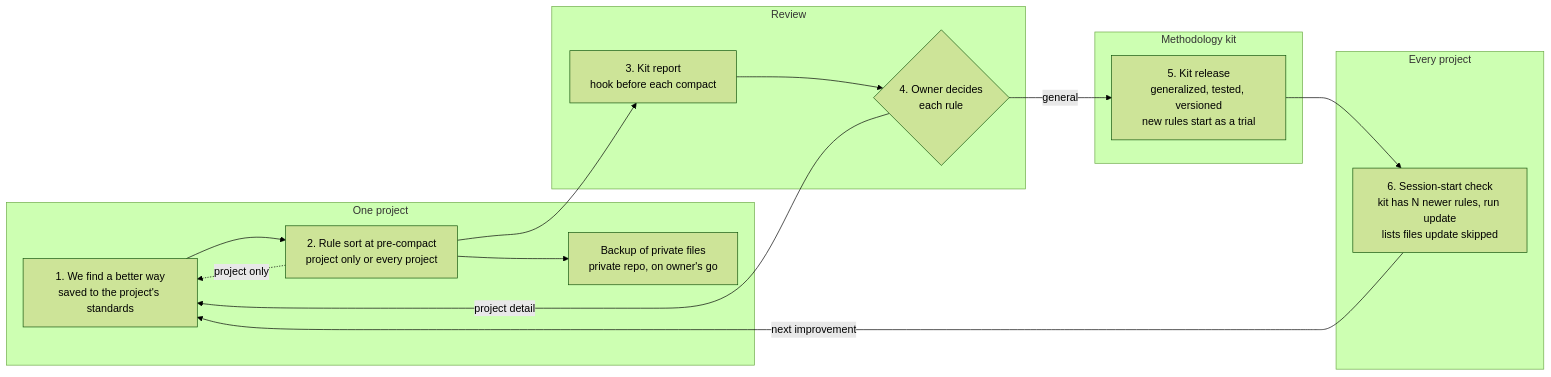
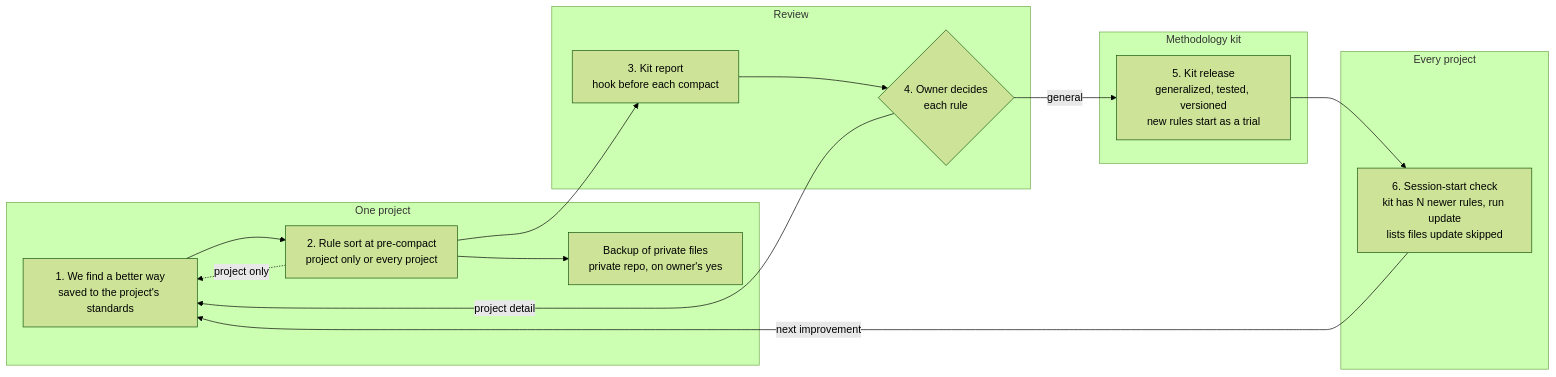
One commit to GoudyMT/working-methodology changed the diagram in README.md. Above: the diagram before and after it, drawn with Mermaid (forest theme). The commit also changed other lines of this file and 52 other files, not shown here.

````diff
--- a/README.md
+++ b/README.md
@@ -18,26 +18,26 @@
 ```mermaid
 flowchart LR
     subgraph P["One project"]
         A["1. We find a better way<br/>saved to the project's standards"]
         B["2. Rule sort at pre-compact<br/>project only or every project"]
-        K["Backup of private files<br/>private repo, on owner's go"]
+        K["Backup of private files<br/>private repo, on owner's yes"]
     end
     subgraph R["Review"]
         C["3. Kit report<br/>hook before each compact"]
         D{"4. Owner decides<br/>each rule"}
     end
     subgraph M["Methodology kit"]
         E["5. Kit release<br/>generalized, tested, versioned<br/>new rules start as a trial"]
     end
     subgraph X["Every project"]
         F["6. Session-start check<br/>kit has N newer rules, run update<br/>lists files update skipped"]
     end
 
     A --> B --> C --> D
     B -. "project only" .-> A
     B --> K
     D -- "general" --> E
     D -- "project detail" --> A
     E --> F
     F -- "next improvement" --> A
 ```
````
